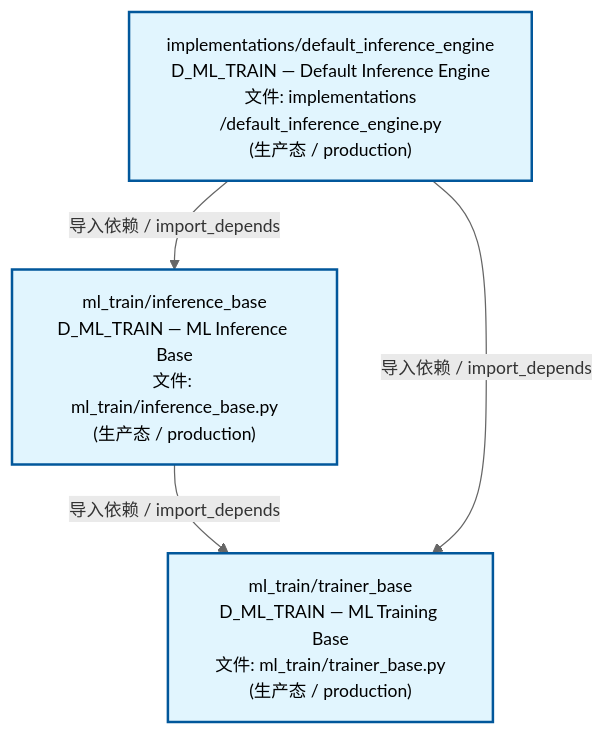
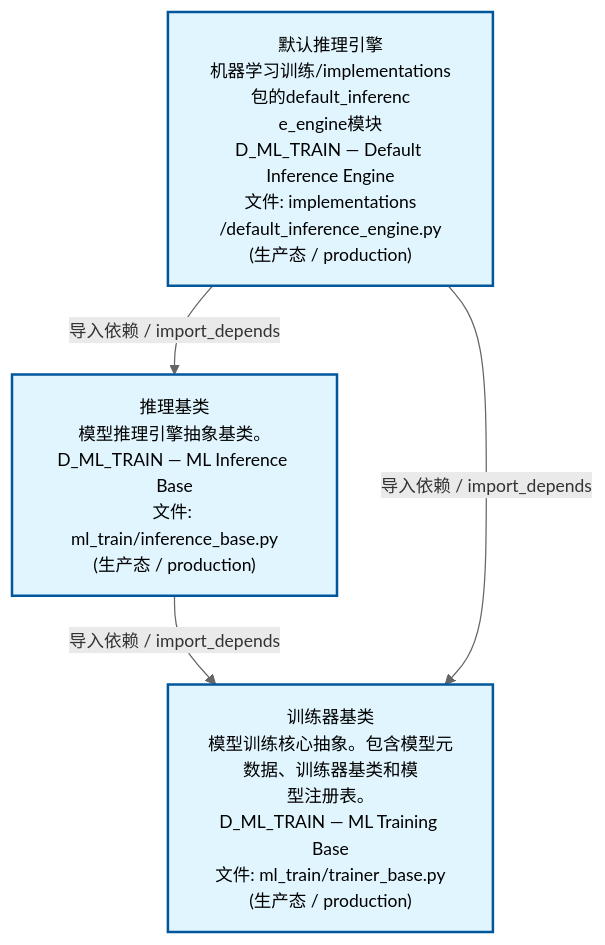
Before and after one commit to xuanFelixVan/ZephyrAlpha: the second of 4 diagrams in docs/02_enterprise_architecture/02_domain_architecture_docs/61_d_ml_train.md, drawn with Mermaid. The commit also changed other lines of this file and 54 other files, not shown here.

````diff
--- a/docs/02_enterprise_architecture/02_domain_architecture_docs/61_d_ml_train.md
+++ b/docs/02_enterprise_architecture/02_domain_architecture_docs/61_d_ml_train.md
@@ -99,15 +99,15 @@
 ```mermaid
 %%{init: {'theme': 'base', 'themeVariables': {'primaryColor': '#eaeaea', 'primaryTextColor': '#333333', 'primaryBorderColor': '#666666', 'lineColor': '#666666', 'secondaryColor': '#eaeaea', 'tertiaryColor': '#eaeaea', 'fontSize': '14px'}}}%%
 flowchart TD
-    src_zephyr_ml_train_implementations_default_inference_engine_py["implementations/default_inference_engine<br/>D_ML_TRAIN — Default Inference Engine<br/>文件: implementations<br/>/default_inference_engine.py<br/>(生产态 / production)"]
-    src_zephyr_ml_train_inference_base_py["ml_train/inference_base<br/>D_ML_TRAIN — ML Inference Base<br/>文件: ml_train/inference_base.py<br/>(生产态 / production)"]
-    src_zephyr_ml_train_trainer_base_py["ml_train/trainer_base<br/>D_ML_TRAIN — ML Training Base<br/>文件: ml_train/trainer_base.py<br/>(生产态 / production)"]
+    src_zephyr_ml_train_implementations_default_inference_engine_py["默认推理引擎<br/>机器学习训练/implementations包的default_inferenc<br/>e_engine模块<br/>D_ML_TRAIN — Default Inference Engine<br/>文件: implementations<br/>/default_inference_engine.py<br/>(生产态 / production)"]
+    src_zephyr_ml_train_inference_base_py["推理基类<br/>模型推理引擎抽象基类。<br/>D_ML_TRAIN — ML Inference Base<br/>文件: ml_train/inference_base.py<br/>(生产态 / production)"]
+    src_zephyr_ml_train_trainer_base_py["训练器基类<br/>模型训练核心抽象。包含模型元数据、训练器基类和模<br/>型注册表。<br/>D_ML_TRAIN — ML Training Base<br/>文件: ml_train/trainer_base.py<br/>(生产态 / production)"]
     src_zephyr_ml_train_inference_base_py -->|导入依赖 / import_depends| src_zephyr_ml_train_trainer_base_py
     src_zephyr_ml_train_implementations_default_inference_engine_py -->|导入依赖 / import_depends| src_zephyr_ml_train_inference_base_py
     src_zephyr_ml_train_implementations_default_inference_engine_py -->|导入依赖 / import_depends| src_zephyr_ml_train_trainer_base_py
     classDef production fill:#e1f5fe,stroke:#01579b,stroke-width:2px,color:#000
     classDef design fill:#fff3e0,stroke:#e65100,stroke-width:2px,color:#000,stroke-dasharray: 5 5
     classDef external_prod fill:#e8f4fd,stroke:#0277bd,stroke-width:1px,color:#000
     classDef external_design fill:#fff8e7,stroke:#ef6c00,stroke-width:1px,color:#000,stroke-dasharray: 5 5
     class src_zephyr_ml_train_implementations_default_inference_engine_py,src_zephyr_ml_train_inference_base_py,src_zephyr_ml_train_trainer_base_py production
 ```
````
